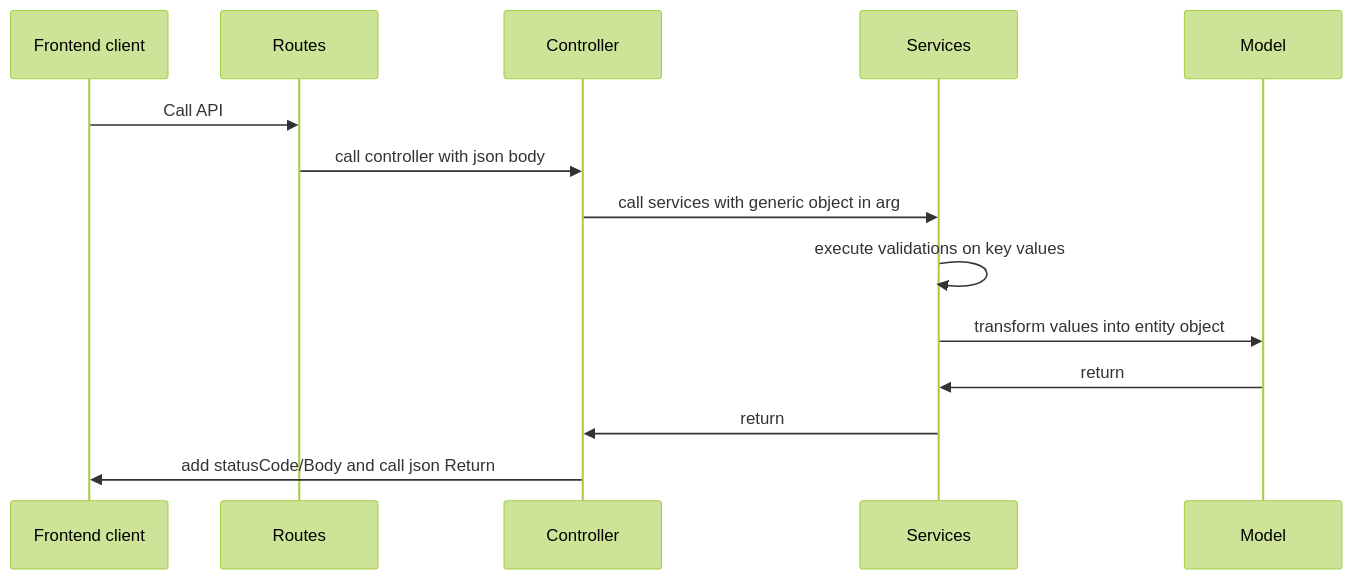
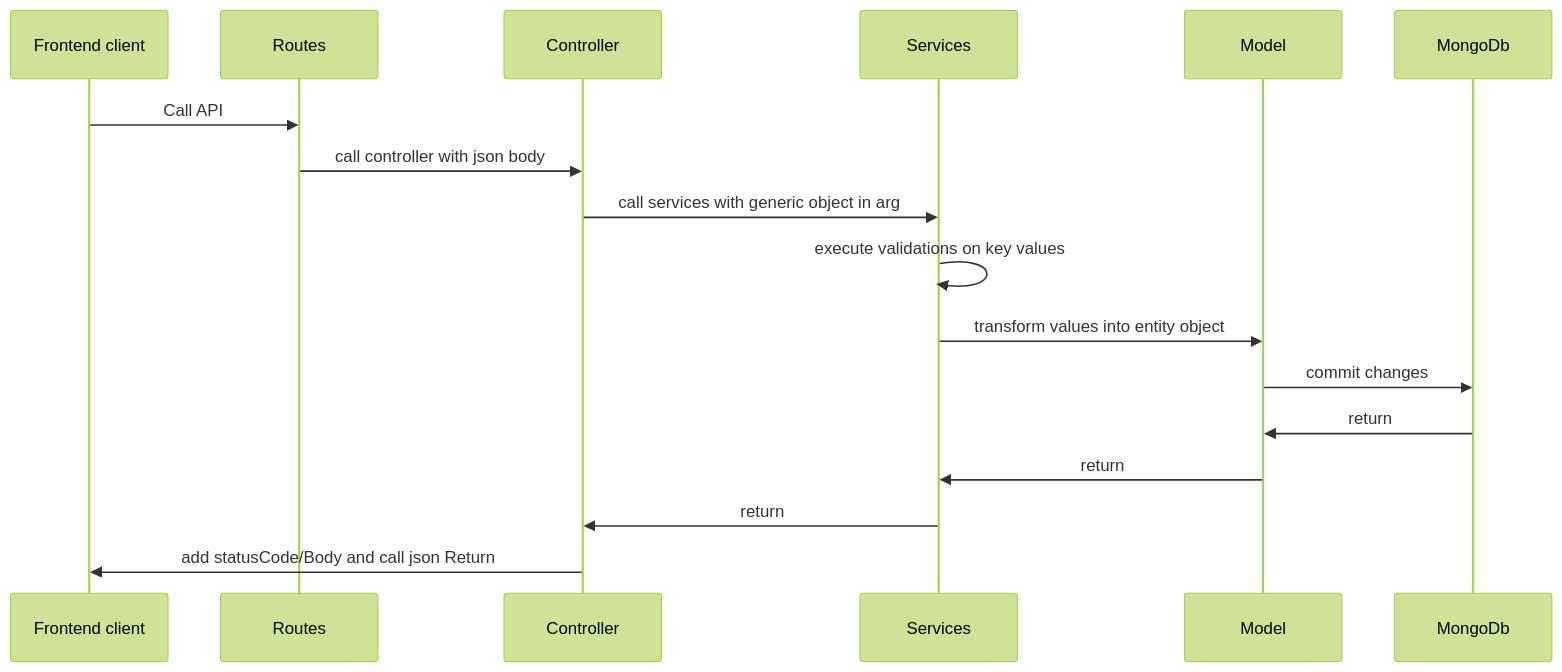
Before and after one commit to murilomorato/precelight-backend: the diagram in diagrams/generic-crud-diagram.md, drawn with Mermaid (forest theme). The commit also changed 1 other file, not shown here.

Commit message:
update test cases and docs to use mongoose and mongoDb

````diff
--- a/diagrams/generic-crud-diagram.md
+++ b/diagrams/generic-crud-diagram.md
@@ -1,12 +1,14 @@
 ```mermaid
 sequenceDiagram
     participant A as Frontend client
     A->>Routes: Call API
     Routes->>Controller: call controller with json body
     Controller ->> Services: call services with generic object in arg
     Services ->> Services: execute validations on key values
     Services ->> Model: transform values into entity object
+    Model ->> MongoDb: commit changes
+    MongoDb ->> Model: return
     Model ->> Services: return
     Services ->> Controller: return
     Controller ->> A: add statusCode/Body and call json Return
 ```
````
